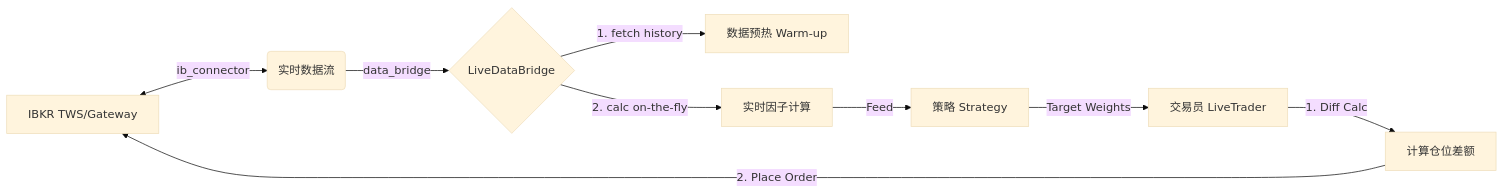
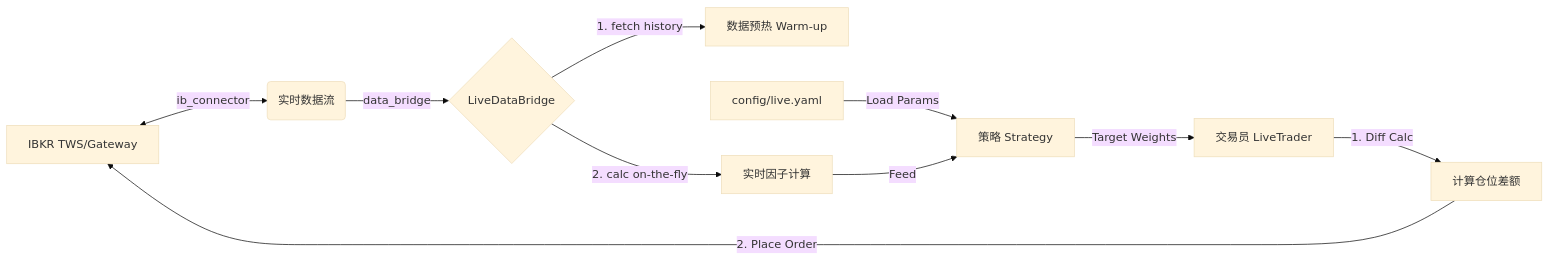
One commit to ericwang0321/Multi-Factor-Backtester changed the second of 2 diagrams in README.md. Above: the diagram before and after it, drawn with Mermaid (base theme). The commit also changed other lines of this file, not shown here.

````diff
--- a/README.md
+++ b/README.md
@@ -49,12 +50,13 @@
 ```mermaid
 graph LR
     A[IBKR TWS/Gateway] <-->|ib_connector| B(实时数据流)
     B -->|data_bridge| C{LiveDataBridge}
     C -- 1. fetch history --> D[数据预热 Warm-up]
     C -- 2. calc on-the-fly --> E[实时因子计算]
-    E -->|Feed| F[策略 Strategy]
+    Config[config/live.yaml] -->|Load Params| F[策略 Strategy]
+    E -->|Feed| F
     F -->|Target Weights| G[交易员 LiveTrader]
     G -- 1. Diff Calc --> H[计算仓位差额]
     H -- 2. Place Order --> A
 
 ```
````
